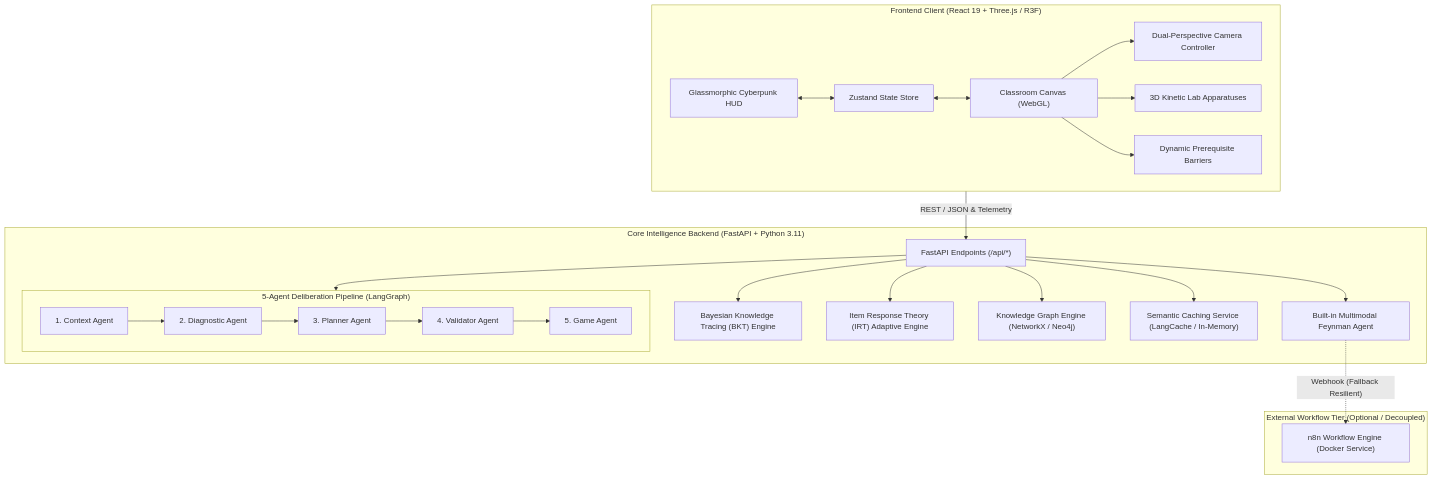
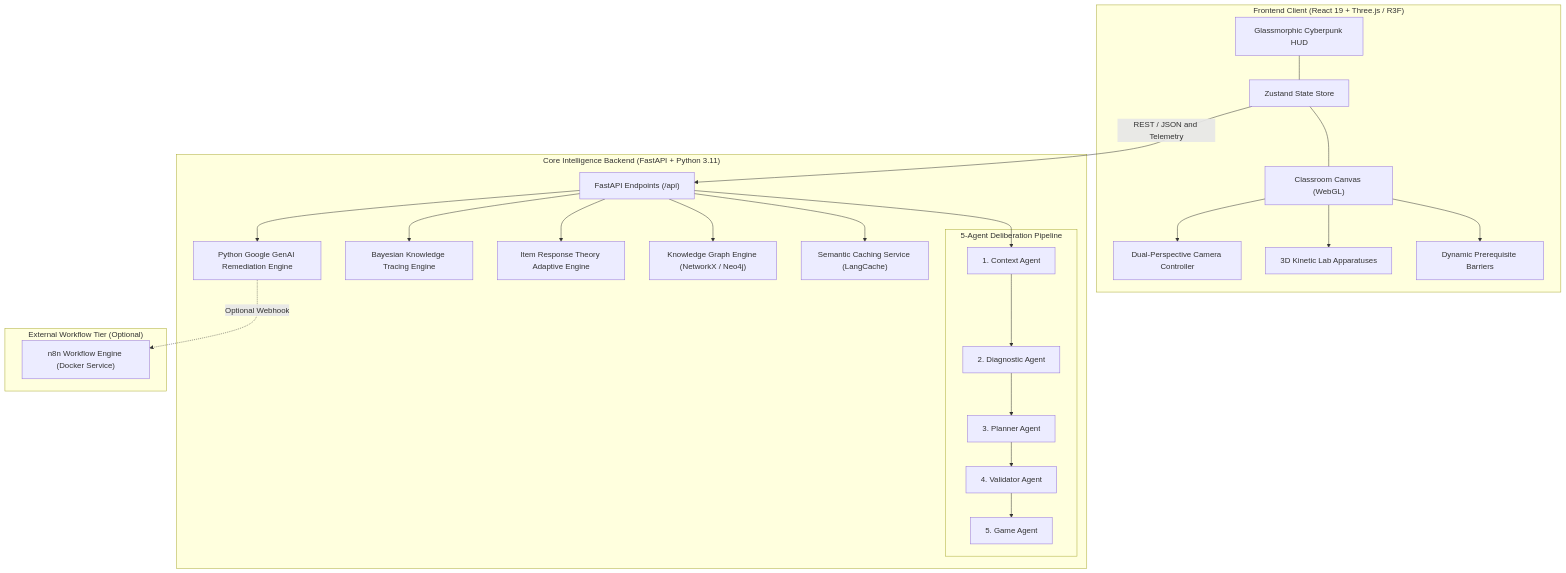
Before and after one commit to Abhiman12406/LearniVerse-AI: the first of 3 diagrams in README.md, drawn with Mermaid. The commit also changed other lines of this file, not shown here.

Commit message:
docs(readme): fix Mermaid diagram syntax and SVG rendering issues for GitHub

````diff
--- a/README.md
+++ b/README.md
@@ -124,47 +124,47 @@
 ```mermaid
 flowchart TB
     subgraph CLIENT["Frontend Client (React 19 + Three.js / R3F)"]
         UI["Glassmorphic Cyberpunk HUD"]
         CANVAS["Classroom Canvas (WebGL)"]
         CAM["Dual-Perspective Camera Controller"]
         STATIONS["3D Kinetic Lab Apparatuses"]
         BARRIERS["Dynamic Prerequisite Barriers"]
         STORE["Zustand State Store"]
-        
-        UI <--> STORE
+
+        UI --- STORE
         CANVAS --> CAM
         CANVAS --> STATIONS
         CANVAS --> BARRIERS
-        STORE <--> CANVAS
+        STORE --- CANVAS
     end
 
     subgraph BACKEND["Core Intelligence Backend (FastAPI + Python 3.11)"]
-        ROUTERS["FastAPI Endpoints (/api/*)"]
-        BKT_ENGINE["Bayesian Knowledge Tracing (BKT) Engine"]
-        IRT_ENGINE["Item Response Theory (IRT) Adaptive Engine"]
+        ROUTERS["FastAPI Endpoints (/api)"]
+        BKT_ENGINE["Bayesian Knowledge Tracing Engine"]
+        IRT_ENGINE["Item Response Theory Adaptive Engine"]
         KG_ENGINE["Knowledge Graph Engine (NetworkX / Neo4j)"]
-        CACHE_ENGINE["Semantic Caching Service (LangCache / In-Memory)"]
-        
-        subgraph LANGGRAPH["5-Agent Deliberation Pipeline (LangGraph)"]
+        CACHE_ENGINE["Semantic Caching Service (LangCache)"]
+
+        subgraph LANGGRAPH["5-Agent Deliberation Pipeline"]
             A1["1. Context Agent"] --> A2["2. Diagnostic Agent"]
             A2 --> A3["3. Planner Agent"]
             A3 --> A4["4. Validator Agent"]
             A4 --> A5["5. Game Agent"]
         end
-        
-        FEYNMAN_INTERNAL["Built-in Multimodal Feynman Agent"]
+
+        FEYNMAN_GENAI["Python Google GenAI Remediation Engine"]
     end
 
-    subgraph ORCHESTRATOR["External Workflow Tier (Optional / Decoupled)"]
+    subgraph ORCHESTRATOR["External Workflow Tier (Optional)"]
         N8N["n8n Workflow Engine (Docker Service)"]
     end
 
-    CLIENT -- "REST / JSON & Telemetry" --> ROUTERS
+    STORE -->|"REST / JSON and Telemetry"| ROUTERS
     ROUTERS --> BKT_ENGINE
     ROUTERS --> IRT_ENGINE
     ROUTERS --> KG_ENGINE
     ROUTERS --> CACHE_ENGINE
-    ROUTERS --> LANGGRAPH
-    ROUTERS --> FEYNMAN_INTERNAL
-    FEYNMAN_INTERNAL -. "Webhook (Fallback Resilient)" .-> N8N
+    ROUTERS --> A1
+    ROUTERS --> FEYNMAN_GENAI
+    FEYNMAN_GENAI -.->|"Optional Webhook"| N8N
 ```
````
